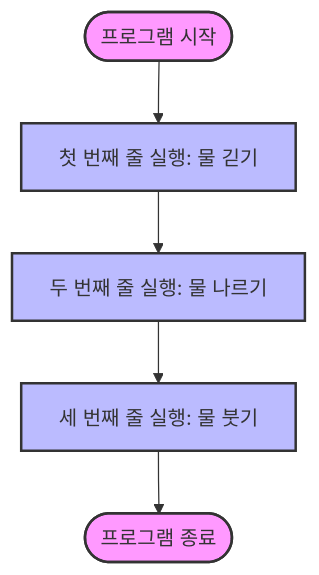
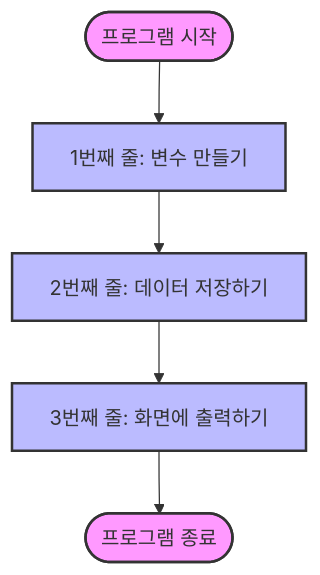
Before and after one commit to jinydev/java: the diagram in src/basic/condition/flow-control/index.md, drawn with Mermaid. The commit also changed other lines of this file and 521 other files, not shown here.

````diff
--- a/src/basic/condition/flow-control/index.md
+++ b/src/basic/condition/flow-control/index.md
@@ -20,13 +18,13 @@
 ```mermaid
 flowchart TD
-    Start([프로그램 시작]) --> Step1[첫 번째 줄 실행: 물 긷기]
-    Step1 --> Step2[두 번째 줄 실행: 물 나르기]
-    Step2 --> Step3[세 번째 줄 실행: 물 붓기]
+    Start([프로그램 시작]) --> Step1[1번째 줄: 변수 만들기]
+    Step1 --> Step2[2번째 줄: 데이터 저장하기]
+    Step2 --> Step3[3번째 줄: 화면에 출력하기]
     Step3 --> End([프로그램 종료])
 
     style Start fill:#f9f,stroke:#333,stroke-width:2px
     style End fill:#f9f,stroke:#333,stroke-width:2px
     style Step1 fill:#bbf,stroke:#333,stroke-width:2px
     style Step2 fill:#bbf,stroke:#333,stroke-width:2px
     style Step3 fill:#bbf,stroke:#333,stroke-width:2px
 ```
````
